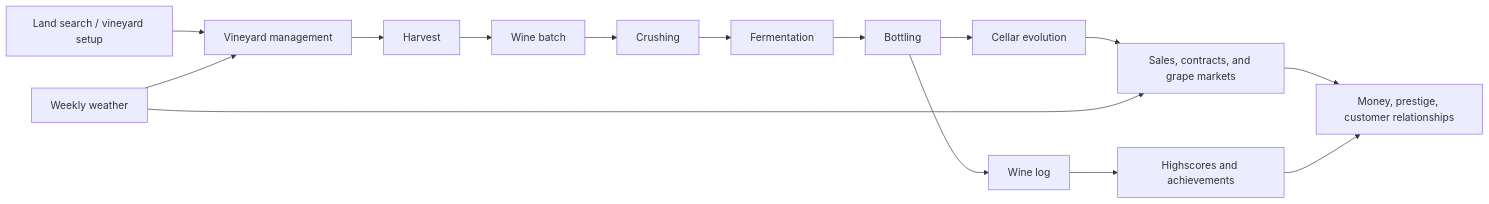
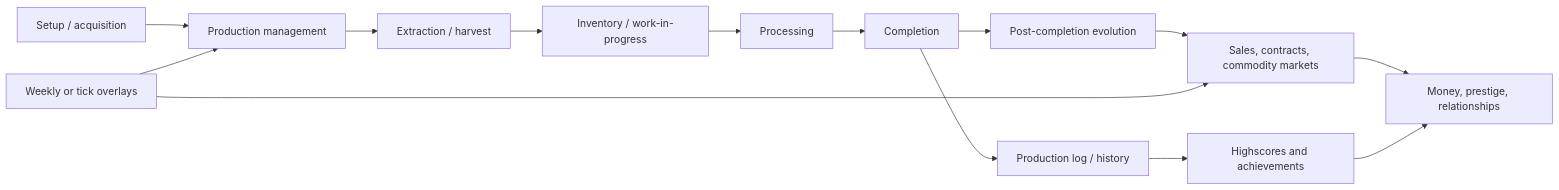
The first of 10 diagrams in docs/VariableRelationshipMap.md (gram12321/protoproduction), drawn with Mermaid before and after one commit. The commit also changed other lines of this file and 15 other files, not shown here.

````diff
--- a/docs/VariableRelationshipMap.md
+++ b/docs/VariableRelationshipMap.md
@@ -26,17 +33,16 @@
 ```mermaid
 flowchart LR
-  LS["Land search / vineyard setup"] --> VM["Vineyard management"]
-  WX["Weekly weather"] --> VM
-  VM --> H["Harvest"]
-  H --> WB["Wine batch"]
-  WB --> C["Crushing"]
-  C --> F["Fermentation"]
-  F --> B["Bottling"]
-  B --> CE["Cellar evolution"]
-  CE --> S["Sales, contracts, and grape markets"]
-  B --> WL["Wine log"]
-  WL --> PR["Highscores and achievements"]
-  S --> ECO["Money, prestige, customer relationships"]
-  PR --> ECO
-  WX --> S
+  SETUP["Setup / acquisition\n<facilities, sites, starting state>"] --> PROD["Production management"]
+  OVERLAY["Weekly or tick overlays\n<weather, economy, events>"] --> PROD
+  PROD --> EXTRACT["Extraction / harvest\n<batch or lot created>"]
+  EXTRACT --> INV["Inventory / work-in-progress"]
+  INV --> PROC["Processing\n<transform steps>"]
+  PROC --> FINISH["Completion\n<bottling, packaging, final unit>"]
+  FINISH --> POST["Post-completion evolution\n<aging, decay, features>"]
+  POST --> MARKET["Sales, contracts, commodity markets"]
+  FINISH --> LOG["Production log / history"]
+  LOG --> PROG["Highscores and achievements"]
+  MARKET --> ECO["Money, prestige, relationships"]
+  PROG --> ECO
+  OVERLAY --> MARKET
 ```
````
